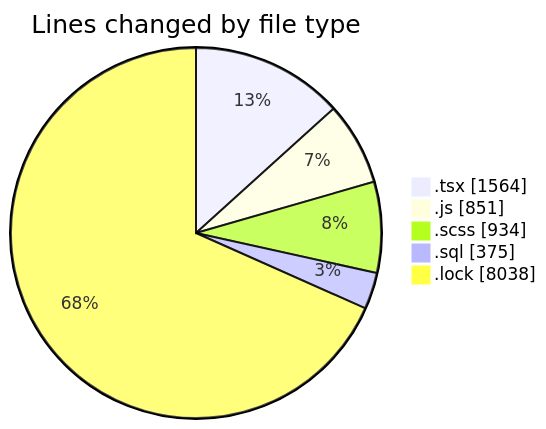
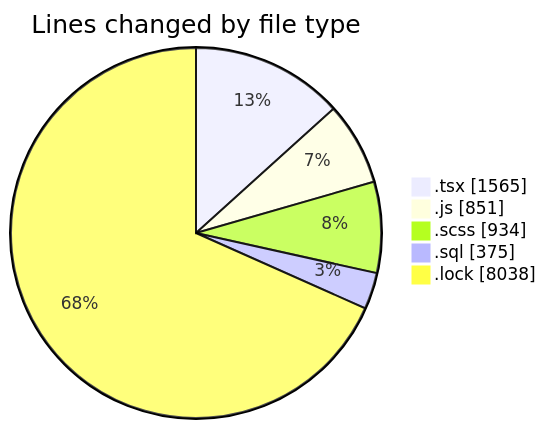
One commit to momahboobian/code-tracking changed the first of 2 diagrams in 2025-03-18/cda/README.md. Above: the diagram before and after it, drawn with Mermaid. The commit also changed other lines of this file and 1 other file, not shown here.

````diff
--- a/2025-03-18/cda/README.md
+++ b/2025-03-18/cda/README.md
@@ -32,9 +32,9 @@
 ```mermaid
 pie showData
 title Lines changed by file type
-".tsx" : 1564
+".tsx" : 1565
 ".js" : 851
 ".scss" : 934
 ".sql" : 375
 ".lock" : 8038
 ```
````
